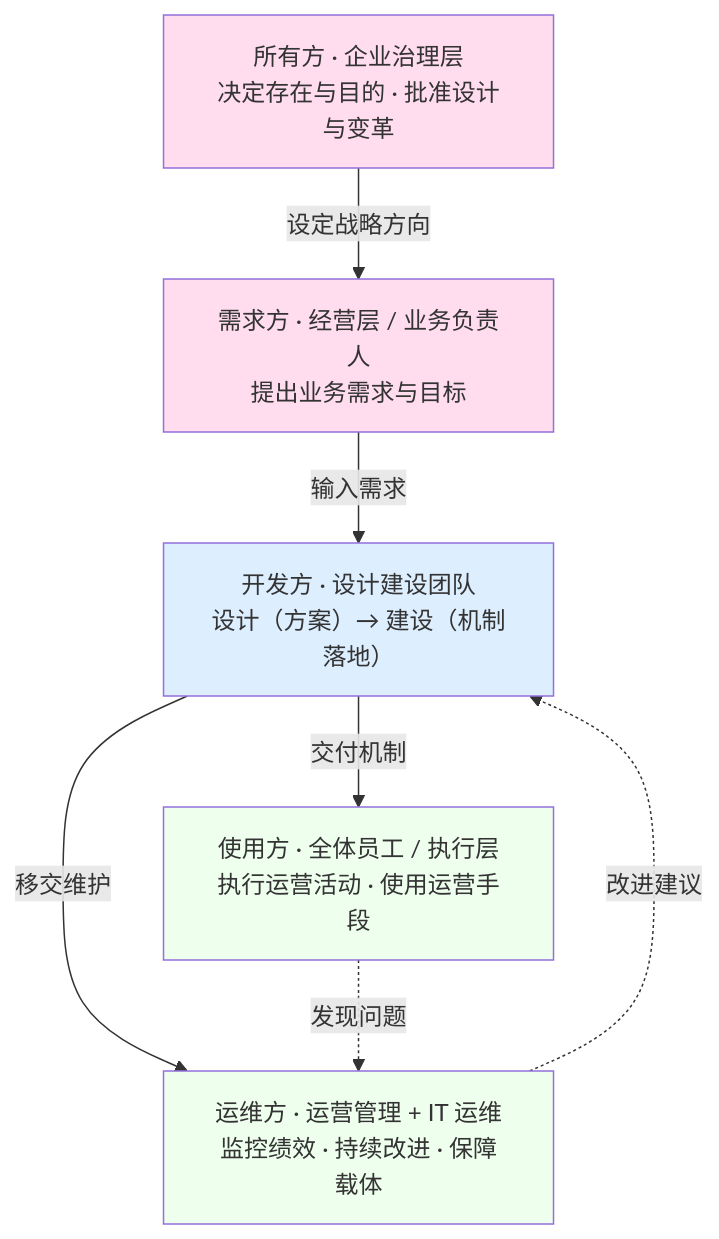
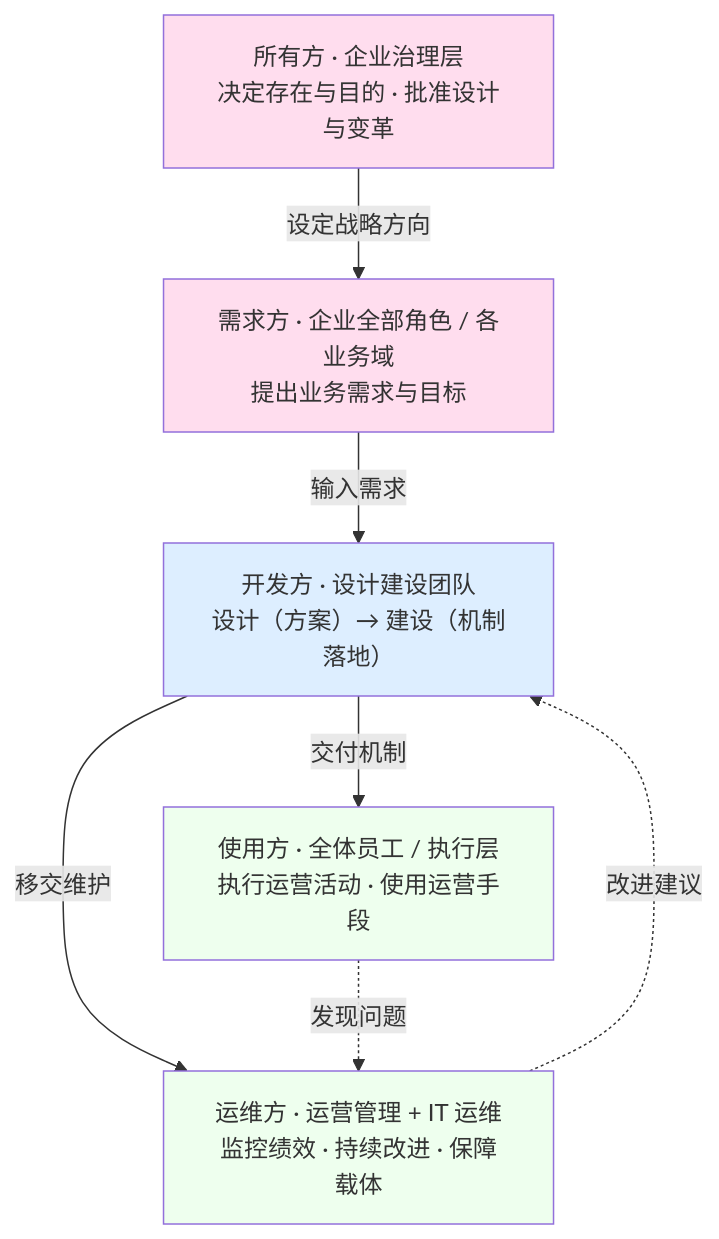
One commit to Yongjunzhou/AOS-system-design changed the fifth of 5 diagrams in 50-research/21-运营体系-从术语定义到产品化视角.md. Above: the diagram before and after it, drawn with Mermaid. The commit also changed other lines of this file and 74 other files, not shown here.

````diff
--- a/50-research/21-运营体系-从术语定义到产品化视角.md
+++ b/50-research/21-运营体系-从术语定义到产品化视角.md
@@ -312,19 +311,19 @@
 ```mermaid
 flowchart TB
     OW["所有方 · 企业治理层<br/>决定存在与目的 · 批准设计与变革"]
-    RE["需求方 · 经营层 / 业务负责人<br/>提出业务需求与目标"]
+    RE["需求方 · 企业全部角色 / 各业务域<br/>提出业务需求与目标"]
     DV["开发方 · 设计建设团队<br/>设计（方案）→ 建设（机制落地）"]
     US["使用方 · 全体员工 / 执行层<br/>执行运营活动 · 使用运营手段"]
     OP["运维方 · 运营管理 + IT 运维<br/>监控绩效 · 持续改进 · 保障载体"]
     OW -->|"设定战略方向"| RE
     RE -->|"输入需求"| DV
     DV -->|"交付机制"| US
     DV -->|"移交维护"| OP
     US -.发现问题.-> OP
     OP -.改进建议.-> DV
     style OW fill:#fde
     style RE fill:#fde
     style DV fill:#def
     style US fill:#efe
     style OP fill:#efe
 ```
````
